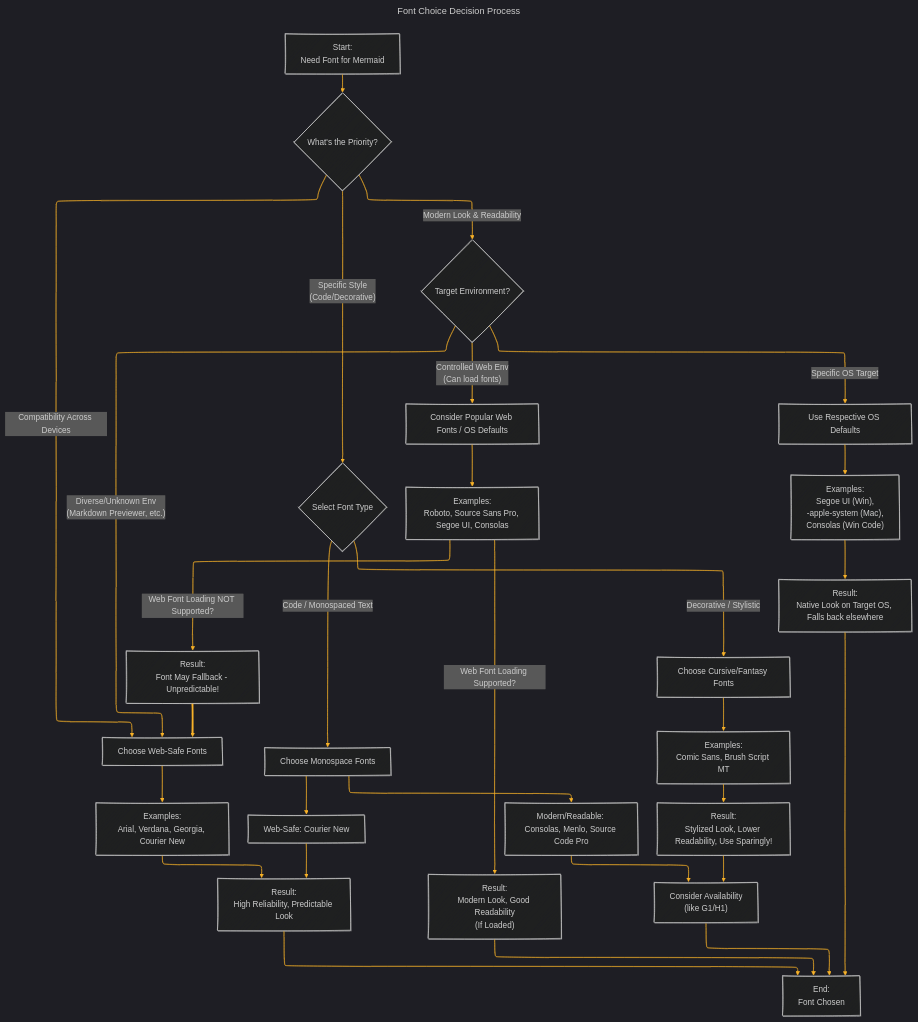
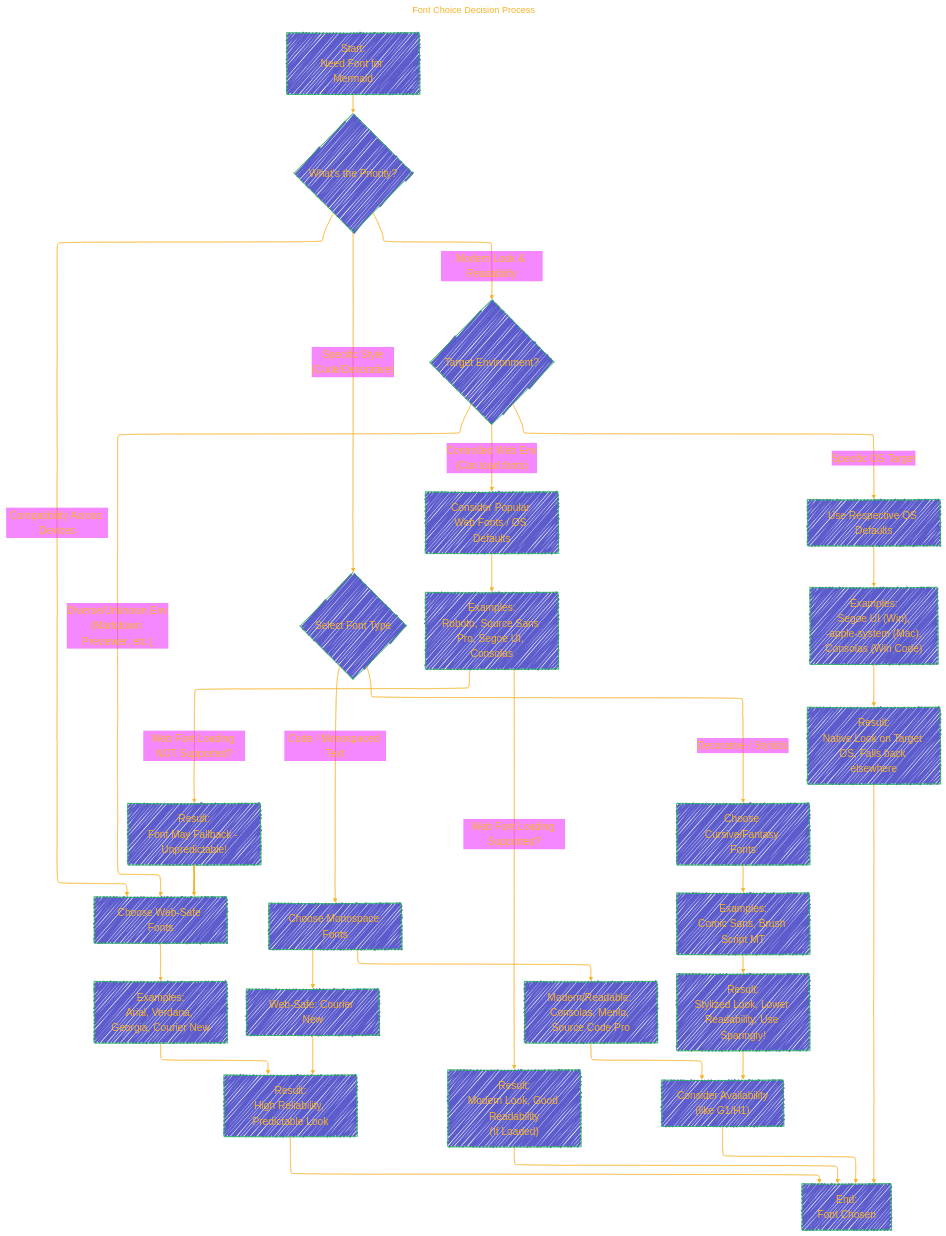
The second of 3 diagrams in MERMAID_JS/Web_Font_Guide/Web_Font_Guide.md (CongLeSolutionX/ArchExplorer), drawn with Mermaid before and after one commit.

````diff
--- a/MERMAID_JS/Web_Font_Guide/Web_Font_Guide.md
+++ b/MERMAID_JS/Web_Font_Guide/Web_Font_Guide.md
@@ -122,63 +122,70 @@
 ```mermaid
 ---
 title: "Font Choice Decision Process"
 author: "Cong Le"
 version: "1.0"
-license(s): "MIT, CC BY 4.0"
+license(s): "MIT, CC BY-SA 4.0"
 copyright: "Copyright (c) 2025 Cong Le. All Rights Reserved."
 config:
   layout: elk
+  theme: base
   look: handDrawn
-  theme: dark
 ---
 %%%%%%%% Mermaid version v11.4.1-b.14
-%%%%%%%% Toggle theme value to `base` to activate the initilization below for the customized theme version.
 %%%%%%%% Available curve styles include the following keywords:
 %% basis, bumpX, bumpY, cardinal, catmullRom, linear, monotoneX, monotoneY, natural, step, stepAfter, stepBefore.
 %%{
   init: {
-    'flowchart': {'htmlLabels': true, 'curve': 'basis' },
-    'fontFamily': 'monospace',
+    'flowchart': { 'htmlLabels': true, 'curve': 'basis' },
+    'fontFamily': 'American Typewriter, monospace',
+    'logLevel': 'fatal',
     'themeVariables': {
-      'lineColor': '#F8B229'
+      'primaryColor': '#22BB',
+      'primaryTextColor': '#F8B229',
+      'lineColor': '#F8B229',
+      'primaryBorderColor': '#27AE60',
+      'secondaryColor': '#E2F1',
+      'secondaryTextColor': '#6C3483',
+      'secondaryBorderColor': '#A569BD',
+      'fontSize': '20px'
     }
   }
 }%%
 flowchart TD
     A["Start:<br>Need Font for Mermaid"] --> B{"What's the Priority?"}
     B -- Compatibility Across Devices --> C["Choose Web-Safe Fonts"]
     B -- Modern Look & Readability --> D{"Target Environment?"}
     B -- "Specific Style<br>(Code/Decorative)" --> E{"Select Font Type"}
 
     C --> C1["Examples:<br>Arial, Verdana, Georgia, Courier New"]
     C1 --> F["Result:<br>High Reliability, Predictable Look"]
 
     D -- "Controlled Web Env<br>(Can load fonts)" --> G["Consider Popular Web Fonts / OS Defaults"]
     D -- "Diverse/Unknown Env<br>(Markdown Previewer, etc.)" --> C
     D -- Specific OS Target --> H["Use Respective OS Defaults"]
 
     G --> G1["Examples:<br>Roboto, Source Sans Pro, Segoe UI, Consolas"]
     G1 -- "Web Font Loading Supported?" --> G2["Result:<br>Modern Look, Good Readability<br>(If Loaded)"]
     G1 -- "Web Font Loading NOT Supported?" --> G3["Result:<br>Font May Fallback - Unpredictable!"] ==> C
 
     H --> H1["Examples:<br>Segoe UI (Win),<br> -apple-system (Mac),<br> Consolas (Win Code)"]
     H1 --> H2["Result:<br>Native Look on Target OS, Falls back elsewhere"]
 
     E -- Code / Monospaced Text --> I["Choose Monospace Fonts"]
     E -- Decorative / Stylistic --> J["Choose Cursive/Fantasy Fonts"]
 
     I --> I1["Web-Safe: Courier New"]
     I --> I2["Modern/Readable: Consolas, Menlo, Source Code Pro"]
     I1 --> F
     I2 --> K["Consider Availability<br>(like G1/H1)"]
 
     J --> J1["Examples:<br>Comic Sans, Brush Script MT"]
     J1 --> L["Result:<br>Stylized Look, Lower Readability, Use Sparingly!"]
     L --> K
 
     F --> Z["End:<br>Font Chosen"]
     G2 --> Z
     H2 --> Z
     K --> Z
     
 ```
````
